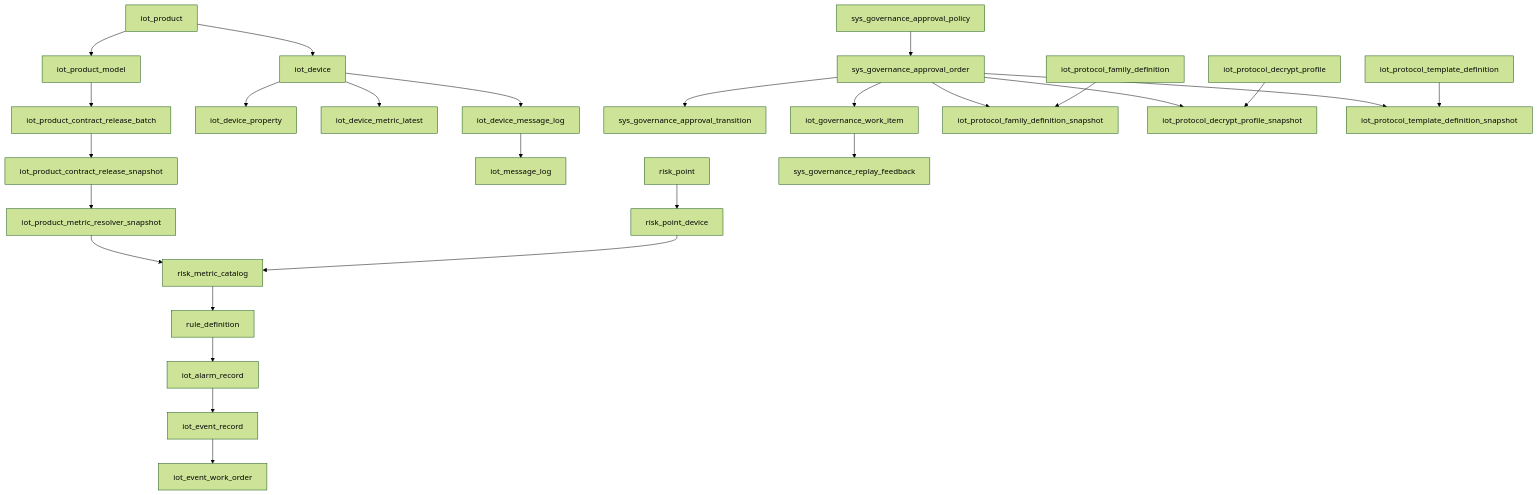
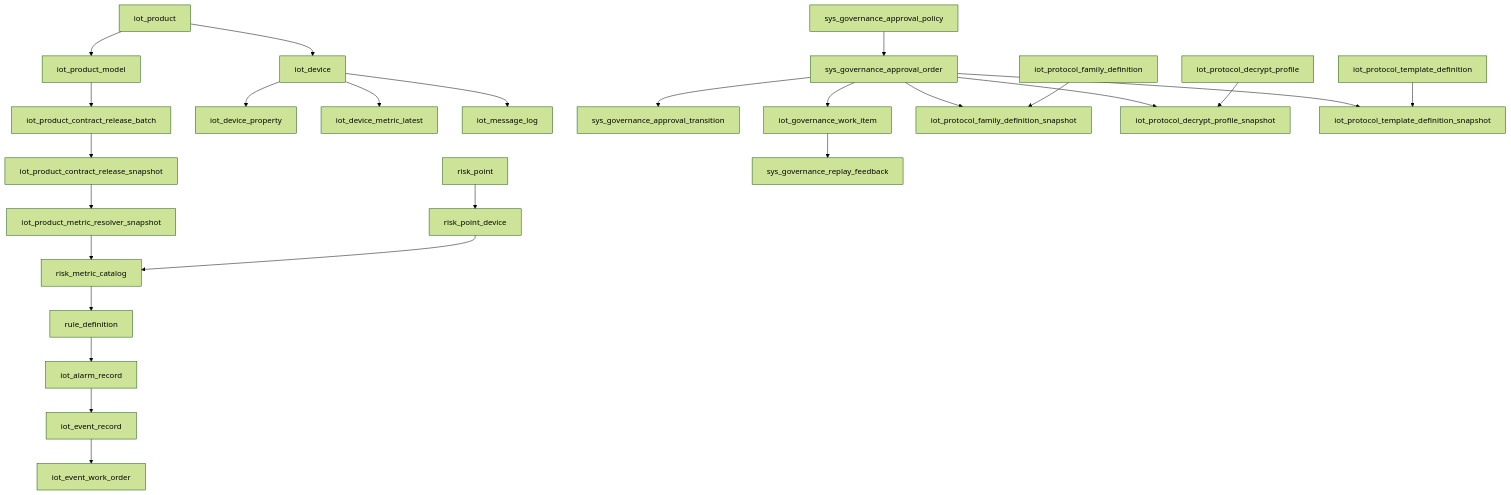
One commit to rxbyes/spring-boot-iot changed the first of 2 diagrams in docs/04-数据库设计与初始化数据.md. Above: the diagram before and after it, drawn with Mermaid (forest theme). The commit also changed other lines of this file and 145 other files, not shown here.

````diff
--- a/docs/04-数据库设计与初始化数据.md
+++ b/docs/04-数据库设计与初始化数据.md
@@ -126,32 +126,31 @@
 ```mermaid
 graph TD
   A["iot_product"] --> B["iot_product_model"]
   B --> C["iot_product_contract_release_batch"]
   C --> D["iot_product_contract_release_snapshot"]
   D --> E["iot_product_metric_resolver_snapshot"]
   E --> F["risk_metric_catalog"]
 
   A --> G["iot_device"]
   G --> H["iot_device_property"]
   G --> I["iot_device_metric_latest"]
-  G --> J["iot_device_message_log"]
-  J --> K["iot_message_log"]
+  G --> J["iot_message_log"]
 
   L["risk_point"] --> M["risk_point_device"]
   M --> F
   F --> N["rule_definition"]
   N --> O["iot_alarm_record"]
   O --> P["iot_event_record"]
   P --> Q["iot_event_work_order"]
 
   R["sys_governance_approval_policy"] --> S["sys_governance_approval_order"]
   S --> T["sys_governance_approval_transition"]
   S --> U["iot_governance_work_item"]
   U --> V["sys_governance_replay_feedback"]
   S --> W["iot_protocol_family_definition_snapshot"]
   S --> X["iot_protocol_decrypt_profile_snapshot"]
   S --> AB["iot_protocol_template_definition_snapshot"]
   Y["iot_protocol_family_definition"] --> W
   Z["iot_protocol_decrypt_profile"] --> X
   AA["iot_protocol_template_definition"] --> AB
 ```
````
